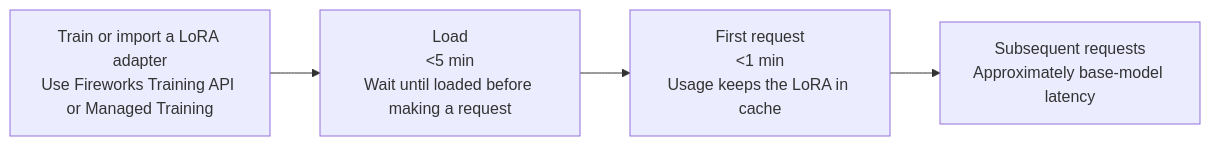
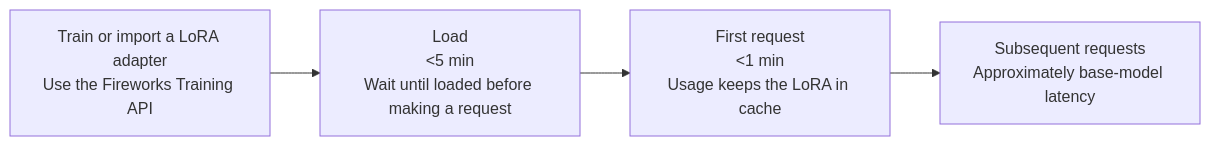
The diagram in ai-models/fireworks/pages/serverless/specialized-model-inference/overview.md (Eyre921/ofiicial-developer-docs), drawn with Mermaid before and after one commit. The commit also changed other lines of this file and 2106 other files, not shown here.

````diff
--- a/ai-models/fireworks/pages/serverless/specialized-model-inference/overview.md
+++ b/ai-models/fireworks/pages/serverless/specialized-model-inference/overview.md
@@ -15,8 +15,8 @@
 ```mermaid theme={null}
 flowchart LR
-  T["Train or import a LoRA adapter<br/>Use Fireworks Training API or Managed Training"]
+  T["Train or import a LoRA adapter<br/>Use the Fireworks Training API"]
   L["Load<br/>#lt;5 min<br/>Wait until loaded before making a request"]
   F["First request<br/>#lt;1 min<br/>Usage keeps the LoRA in cache"]
   S["Subsequent requests<br/>Approximately base-model latency"]
   T --> L --> F --> S
 ```
````
